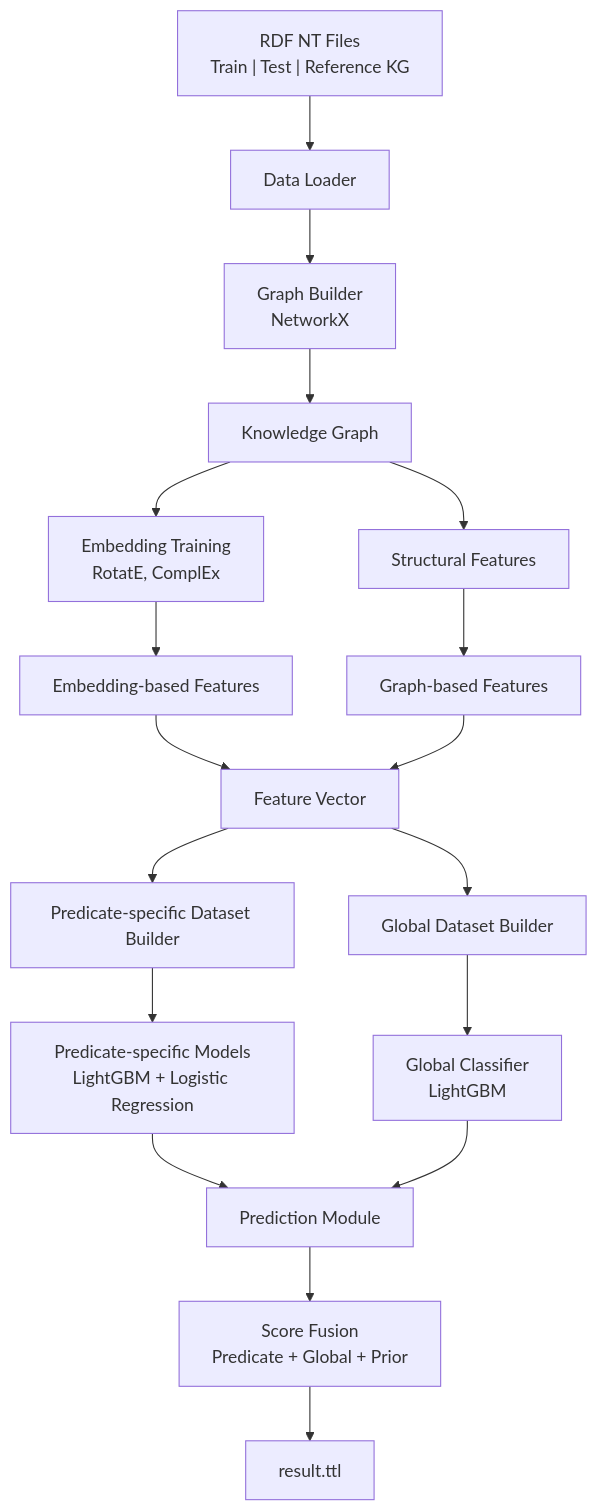
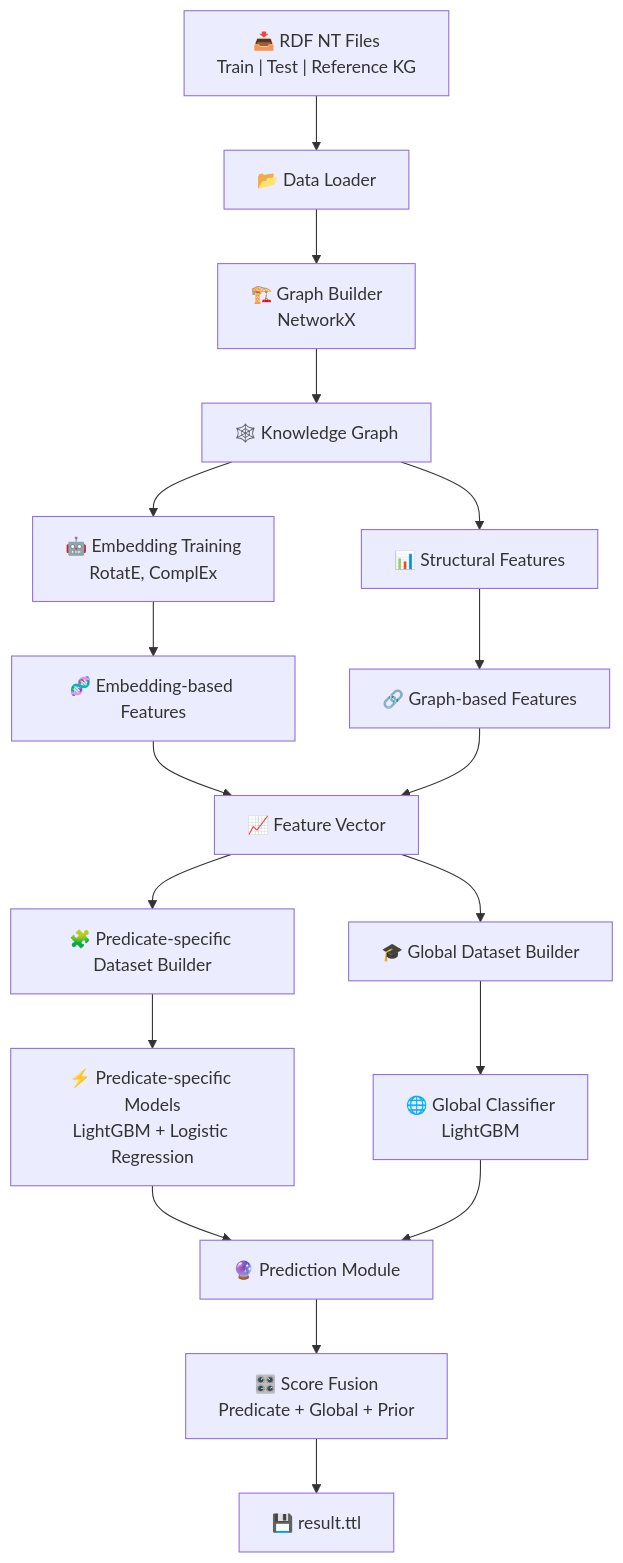
The first of 2 diagrams in README.md (SatyaSS72/kg-fact-checking), drawn with Mermaid before and after one commit. The commit also changed other lines of this file, not shown here.

````diff
--- a/README.md
+++ b/README.md
@@ -331,29 +329,29 @@
 ```mermaid
 flowchart TD
-    A["RDF NT Files<br>Train | Test | Reference KG"]
-        --> B["Data Loader"]
+    A["📥 RDF NT Files<br>Train | Test | Reference KG"]
+        --> B["📂 Data Loader"]
 
-    B --> C["Graph Builder<br>NetworkX"]
-    C --> D["Knowledge Graph"]
+    B --> C["🏗️ Graph Builder<br>NetworkX"]
+    C --> D["🕸️ Knowledge Graph"]
 
-    D --> E["Embedding Training<br>RotatE, ComplEx"]
-    D --> F["Structural Features"]
+    D --> E["🤖 Embedding Training<br>RotatE, ComplEx"]
+    D --> F["📊 Structural Features"]
 
-    E --> G["Embedding-based Features"]
-    F --> H["Graph-based Features"]
+    E --> G["🧬 Embedding-based Features"]
+    F --> H["🔗 Graph-based Features"]
 
-    G --> I["Feature Vector"]
+    G --> I["📈 Feature Vector"]
     H --> I
 
-    I --> J["Predicate-specific Dataset Builder"]
-    J --> K["Predicate-specific Models<br>LightGBM + Logistic Regression"]
+    I --> J["🧩 Predicate-specific Dataset Builder"]
+    J --> K["⚡ Predicate-specific Models<br>LightGBM + Logistic Regression"]
 
-    I --> L["Global Dataset Builder"]
-    L --> M["Global Classifier<br>LightGBM"]
+    I --> L["🎓 Global Dataset Builder"]
+    L --> M["🌐 Global Classifier<br>LightGBM"]
 
-    K --> N["Prediction Module"]
+    K --> N["🔮 Prediction Module"]
     M --> N
 
-    N --> O["Score Fusion<br>Predicate + Global + Prior"]
-    O --> P["result.ttl"]
+    N --> O["🎛️ Score Fusion<br>Predicate + Global + Prior"]
+    O --> P["💾 result.ttl"]
 ```
````
